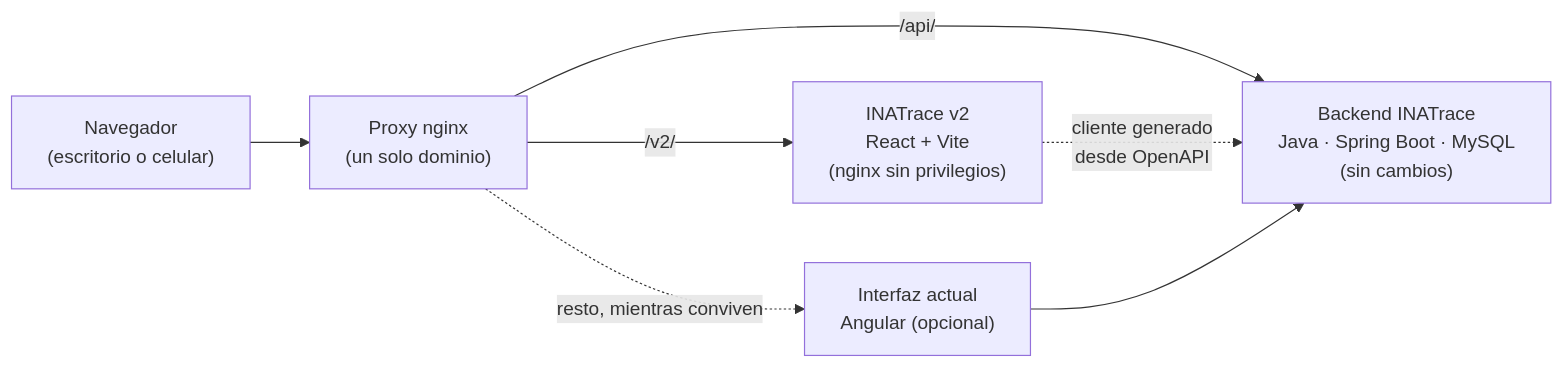
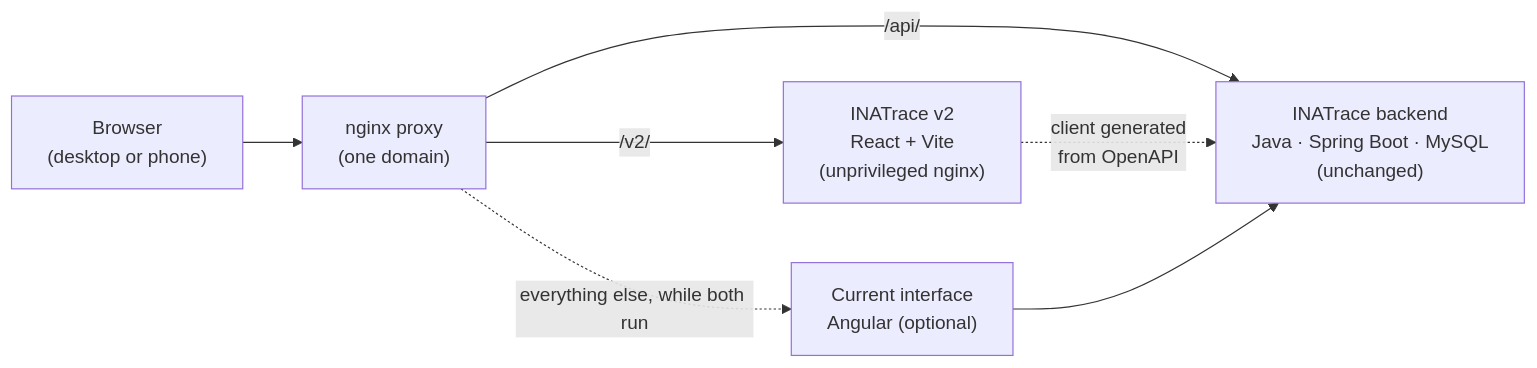
One commit to reiterstahl/inatrace-v2 changed the diagram in README.md. Above: the diagram before and after it, drawn with Mermaid. The commit also changed other lines of this file and 4 other files, not shown here.

````diff
--- a/README.md
+++ b/README.md
@@ -232,9 +232,9 @@
 ```mermaid
 flowchart LR
-  U["Navegador<br/>(escritorio o celular)"] --> P["Proxy nginx<br/>(un solo dominio)"]
-  P -- "/v2/" --> V2["INATrace v2<br/>React + Vite<br/>(nginx sin privilegios)"]
-  P -- "/api/" --> B["Backend INATrace<br/>Java · Spring Boot · MySQL<br/>(sin cambios)"]
-  P -. "resto, mientras conviven" .-> A["Interfaz actual<br/>Angular (opcional)"]
-  V2 -. "cliente generado<br/>desde OpenAPI" .-> B
+  U["Browser<br/>(desktop or phone)"] --> P["nginx proxy<br/>(one domain)"]
+  P -- "/v2/" --> V2["INATrace v2<br/>React + Vite<br/>(unprivileged nginx)"]
+  P -- "/api/" --> B["INATrace backend<br/>Java · Spring Boot · MySQL<br/>(unchanged)"]
+  P -. "everything else, while both run" .-> A["Current interface<br/>Angular (optional)"]
+  V2 -. "client generated<br/>from OpenAPI" .-> B
   A --> B
 ```
````
